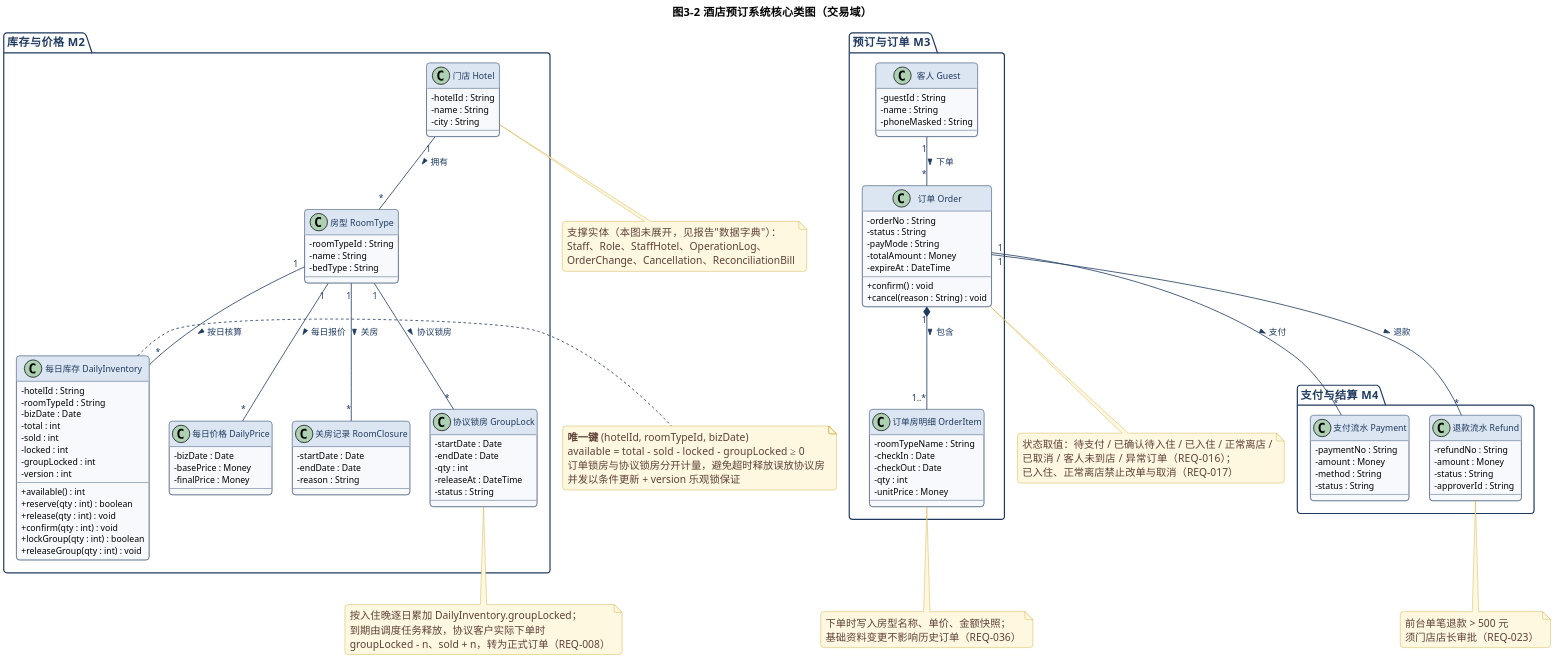
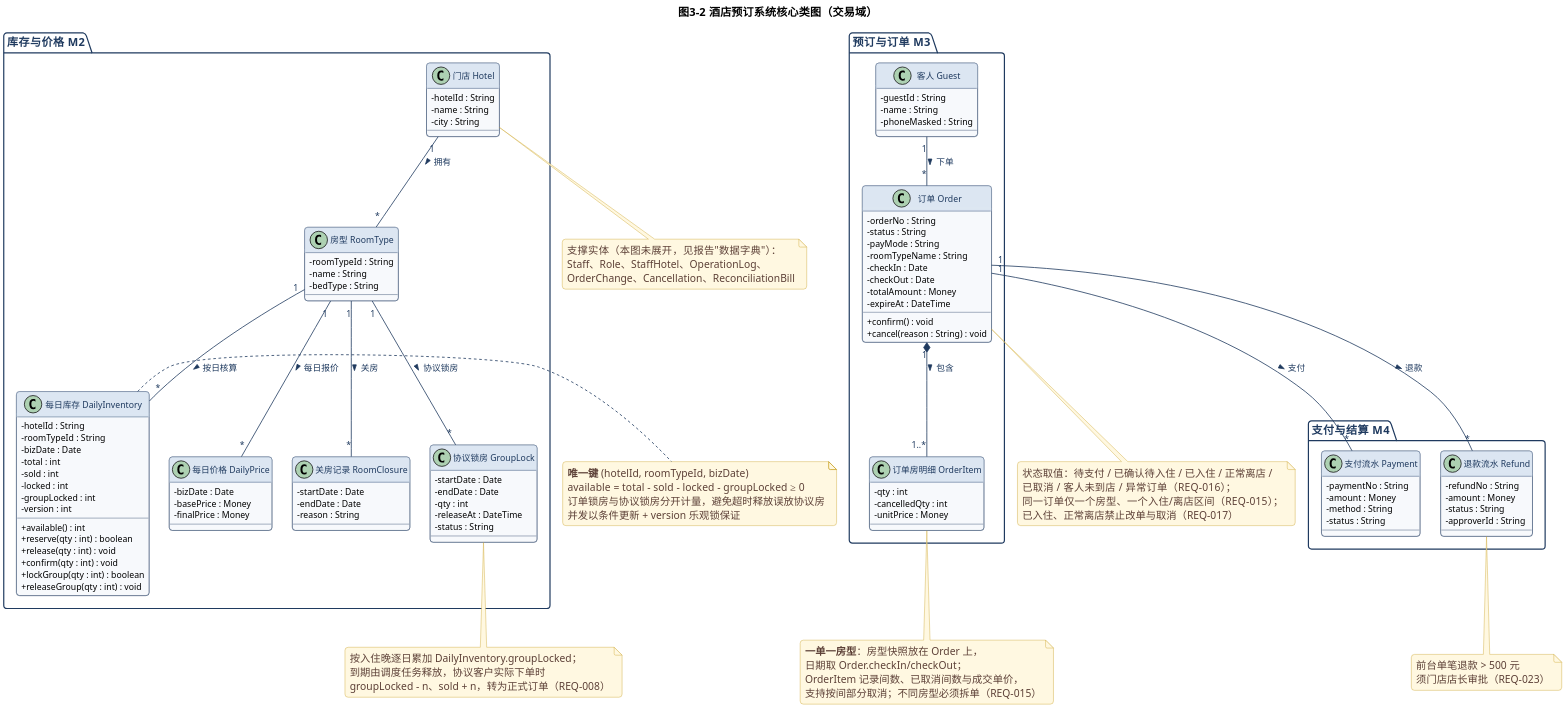
One commit to Ash-Klein/hotel-booking-system changed the diagram in lab2/UML/UML类图.puml. Above: the diagram before and after it, drawn with PlantUML. The commit also changed 24 other files, not shown here.

```diff
--- a/lab2/UML/UML类图.puml
+++ b/lab2/UML/UML类图.puml
@@ -1,158 +1,162 @@
 @startuml UML类图
 skinparam defaultFontName "Microsoft YaHei"
 skinparam dpi 200
 skinparam shadowing false
 skinparam backgroundColor #FFFFFF
 skinparam roundCorner 8
 skinparam ArrowColor #1F3A5F
 skinparam ArrowFontColor #1F3A5F
 skinparam ArrowFontSize 11
 skinparam classBorderColor #1F3A5F
 skinparam classBackgroundColor #F7F9FC
 skinparam classHeaderBackgroundColor #DCE6F2
 skinparam classFontColor #1F3A5F
 skinparam classFontSize 13
 skinparam classAttributeFontSize 11
 skinparam classAttributeIconSize 0
 skinparam packageBorderColor #1F3A5F
 skinparam packageBackgroundColor #FFFFFF
 skinparam packageFontColor #1F3A5F
 skinparam noteBackgroundColor #FFF8E1
 skinparam noteBorderColor #C9A227
 skinparam noteFontColor #5D4037
 skinparam nodesep 25
 skinparam ranksep 45
 title 图3-2  酒店预订系统核心类图（交易域）
 
 package "库存与价格  M2" {
   class "门店 Hotel" as Hotel {
     - hotelId : String
     - name : String
     - city : String
   }
   class "房型 RoomType" as RoomType {
     - roomTypeId : String
     - name : String
     - bedType : String
   }
   class "每日库存 DailyInventory" as DailyInventory {
     - hotelId : String
     - roomTypeId : String
     - bizDate : Date
     - total : int
     - sold : int
     - locked : int
     - groupLocked : int
     - version : int
     + available() : int
     + reserve(qty : int) : boolean
     + release(qty : int) : void
     + confirm(qty : int) : void
     + lockGroup(qty : int) : boolean
     + releaseGroup(qty : int) : void
   }
   class "每日价格 DailyPrice" as DailyPrice {
     - bizDate : Date
     - basePrice : Money
     - finalPrice : Money
   }
   class "关房记录 RoomClosure" as RoomClosure {
     - startDate : Date
     - endDate : Date
     - reason : String
   }
   class "协议锁房 GroupLock" as GroupLock {
     - startDate : Date
     - endDate : Date
     - qty : int
     - releaseAt : DateTime
     - status : String
   }
 }
 
 package "预订与订单  M3" {
   class "客人 Guest" as Guest {
     - guestId : String
     - name : String
     - phoneMasked : String
   }
   class "订单 Order" as Order {
     - orderNo : String
     - status : String
     - payMode : String
+    - roomTypeName : String
+    - checkIn : Date
+    - checkOut : Date
     - totalAmount : Money
     - expireAt : DateTime
     + confirm() : void
     + cancel(reason : String) : void
   }
   class "订单房明细 OrderItem" as OrderItem {
-    - roomTypeName : String
-    - checkIn : Date
-    - checkOut : Date
     - qty : int
+    - cancelledQty : int
     - unitPrice : Money
   }
 }
 
 package "支付与结算  M4" {
   class "支付流水 Payment" as Payment {
     - paymentNo : String
     - amount : Money
     - method : String
     - status : String
   }
   class "退款流水 Refund" as Refund {
     - refundNo : String
     - amount : Money
     - status : String
     - approverId : String
   }
 }
 
 Hotel "1" -- "*" RoomType : 拥有 >
 RoomType "1" -- "*" DailyInventory : 按日核算 >
 RoomType "1" -- "*" DailyPrice : 每日报价 >
 RoomType "1" -- "*" RoomClosure : 关房 >
 RoomType "1" -- "*" GroupLock : 协议锁房 >
 
 Guest "1" -- "*" Order : 下单 >
 Order "1" *-- "1..*" OrderItem : 包含 >
 Order "1" -- "*" Payment : 支付 >
 Order "1" -- "*" Refund : 退款 >
 
 note bottom of Hotel
   支撑实体（本图未展开，见报告"数据字典"）：
   Staff、Role、StaffHotel、OperationLog、
   OrderChange、Cancellation、ReconciliationBill
 end note
 
 note right of DailyInventory
   <b>唯一键</b> (hotelId, roomTypeId, bizDate)
   available = total - sold - locked - groupLocked ≥ 0
   订单锁房与协议锁房分开计量，避免超时释放误放协议房
   并发以条件更新 + version 乐观锁保证
 end note
 
 note bottom of GroupLock
   按入住晚逐日累加 DailyInventory.groupLocked；
   到期由调度任务释放，协议客户实际下单时
   groupLocked - n、sold + n，转为正式订单（REQ-008）
 end note
 
 note bottom of OrderItem
-  下单时写入房型名称、单价、金额快照；
-  基础资料变更不影响历史订单（REQ-036）
+  <b>一单一房型</b>：房型快照放在 Order 上，
+  日期取 Order.checkIn/checkOut；
+  OrderItem 记录间数、已取消间数与成交单价，
+  支持按间部分取消；不同房型必须拆单（REQ-015）
 end note
 
 note bottom of Order
   状态取值：待支付 / 已确认待入住 / 已入住 / 正常离店 /
   已取消 / 客人未到店 / 异常订单（REQ-016）；
+  同一订单仅一个房型、一个入住/离店区间（REQ-015）；
   已入住、正常离店禁止改单与取消（REQ-017）
 end note
 
 note bottom of Refund
   前台单笔退款 > 500 元
   须门店店长审批（REQ-023）
 end note
 
 @enduml
```
